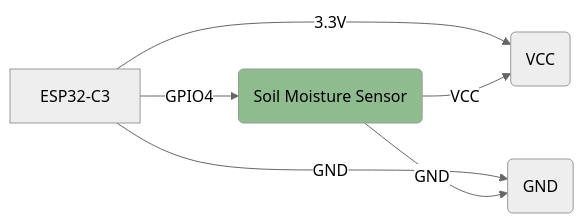
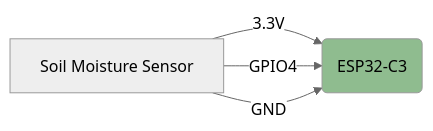
The diagram in soil-moisture/README.md (FrankCasanova/esp32-projects-collection), drawn with Mermaid (neutral theme) before and after one commit. The commit also changed other lines of this file, not shown here.

Commit message:
Update README.md
add video
fix the the schema

````diff
--- a/soil-moisture/README.md
+++ b/soil-moisture/README.md
@@ -18,9 +22,7 @@
 ```mermaid
 graph LR
-    A[ESP32-C3] -->|GPIO4| B(Soil Moisture Sensor)
-    A -->|3.3V| C(VCC)
-    A -->|GND| D(GND)
-    B -->|VCC| C
-    B -->|GND| D
+    A[Soil Moisture Sensor] -->|3.3V| B(ESP32-C3)
+    A -->|GPIO4| B
+    A -->|GND| B
     style B fill:#8fbc8f
 ```
````
